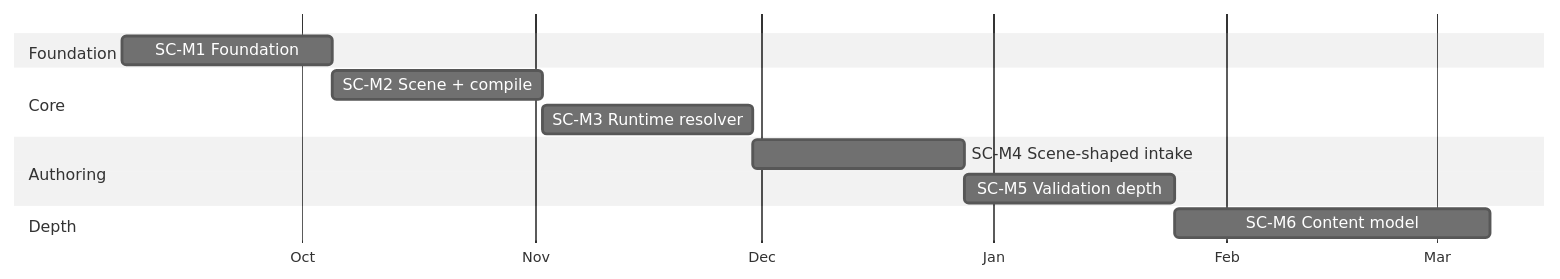
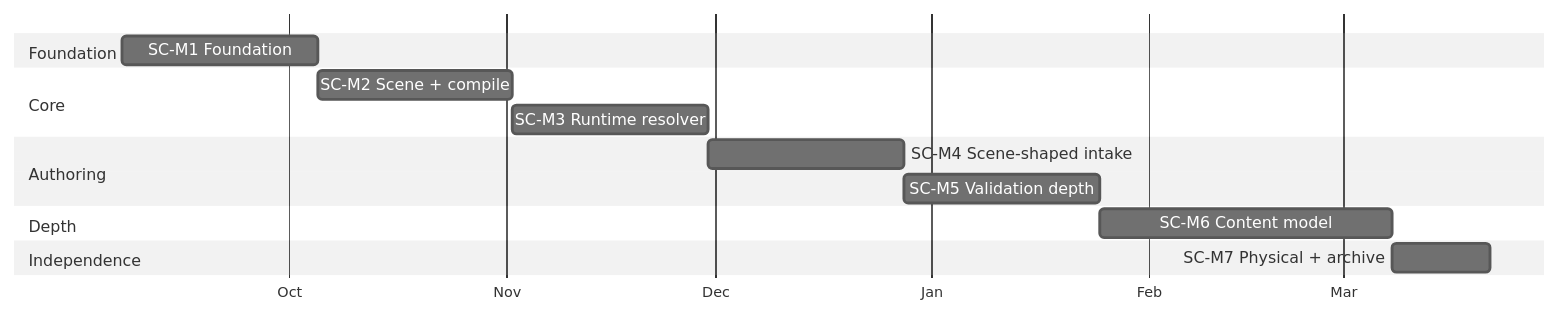
Before and after one commit to Israel-Laguan/las_flores_city: the diagram in docs/feat/scene-centric-backend/roadmap.md, drawn with Mermaid (neutral theme). The commit also changed other lines of this file and 4 other files, not shown here.

````diff
--- a/docs/feat/scene-centric-backend/roadmap.md
+++ b/docs/feat/scene-centric-backend/roadmap.md
@@ -136,15 +155,17 @@
 ```mermaid
 gantt
   dateFormat YYYY-MM-DD
   axisFormat %b
   section Foundation
   SC-M1 Foundation           :m1, 2026-09-07, 28d
   section Core
   SC-M2 Scene + compile      :m2, after m1, 28d
   SC-M3 Runtime resolver     :m3, after m2, 28d
   section Authoring
   SC-M4 Scene-shaped intake  :m4, after m3, 28d
   SC-M5 Validation depth     :m5, after m4, 28d
   section Depth
   SC-M6 Content model        :m6, after m5, 42d
+  section Independence
+  SC-M7 Physical + archive   :m7, after m6, 14d
 ```
````
